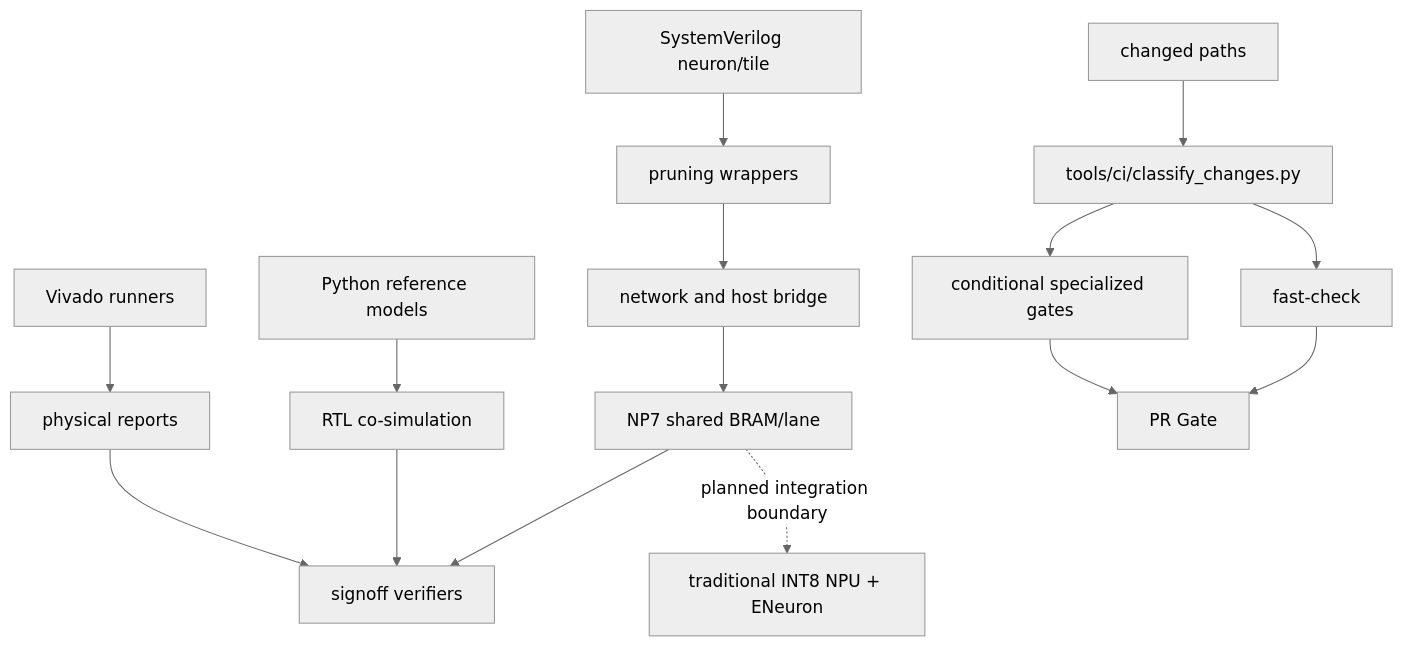
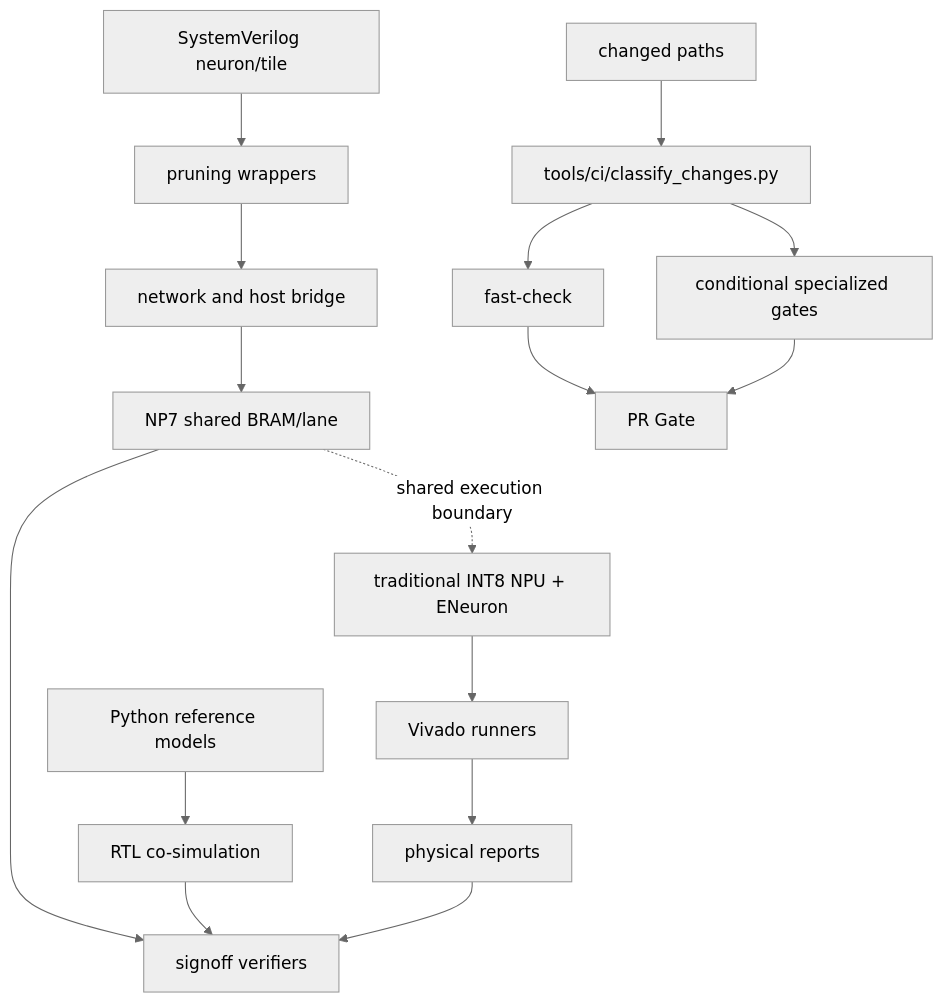
One commit to Epslion404/ENeuron changed the diagram in .nexus-map/arch/dependencies.md. Above: the diagram before and after it, drawn with Mermaid (neutral theme). The commit also changed other lines of this file and 25 other files, not shown here.

Commit message:
docs: close Vivado OOC TODO with setup boundary

````diff
--- a/.nexus-map/arch/dependencies.md
+++ b/.nexus-map/arch/dependencies.md
@@ -7,17 +7,18 @@
 ```mermaid
 graph TD
   ref[Python reference models] --> cosim[RTL co-simulation]
   rtl[SystemVerilog neuron/tile] --> wrap[pruning wrappers]
   wrap --> net[network and host bridge]
   net --> np7[NP7 shared BRAM/lane]
   np7 --> verify[signoff verifiers]
   cosim --> verify[signoff verifiers]
   vivado[Vivado runners] --> reports[physical reports]
   reports --> verify
-  np7 -. planned integration boundary .-> npu[traditional INT8 NPU + ENeuron]
+  np7 -. shared execution boundary .-> npu[traditional INT8 NPU + ENeuron]
+  npu --> vivado
   changes[changed paths] --> classify[tools/ci/classify_changes.py]
   classify --> fast[fast-check]
   classify --> specialized[conditional specialized gates]
   fast --> gate[PR Gate]
   specialized --> gate
 ```
````
